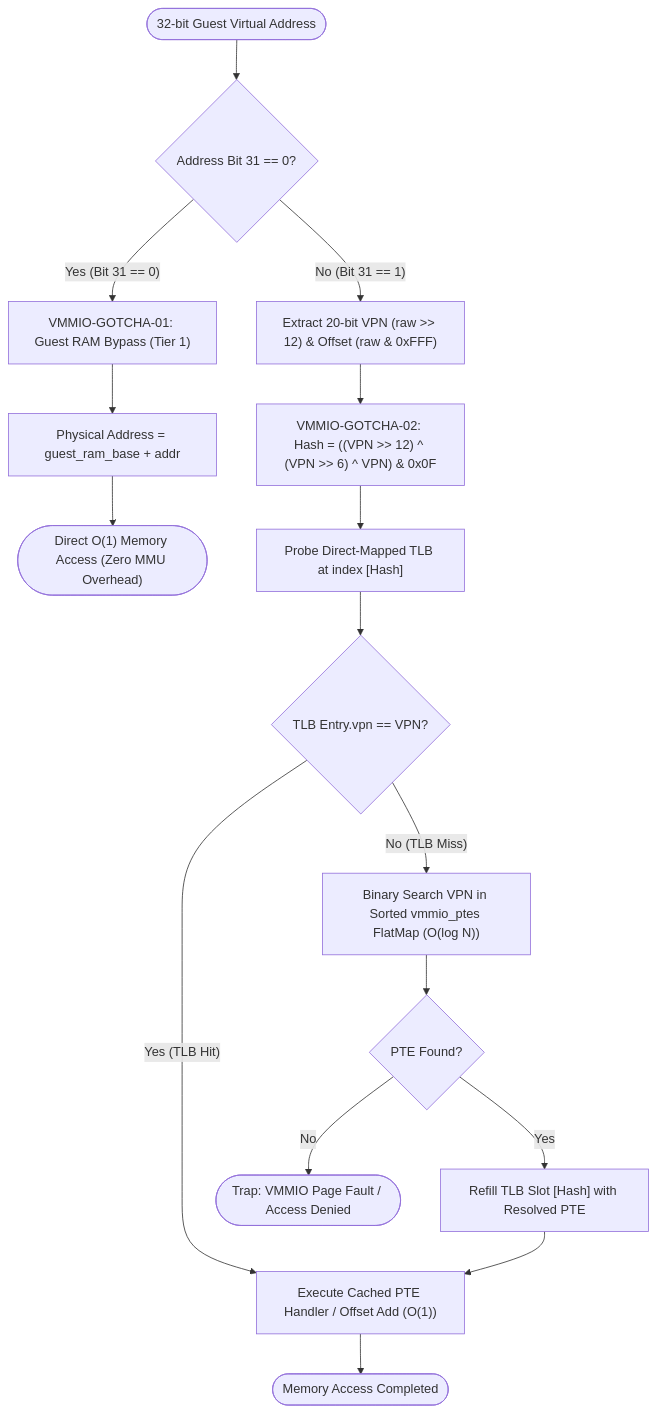
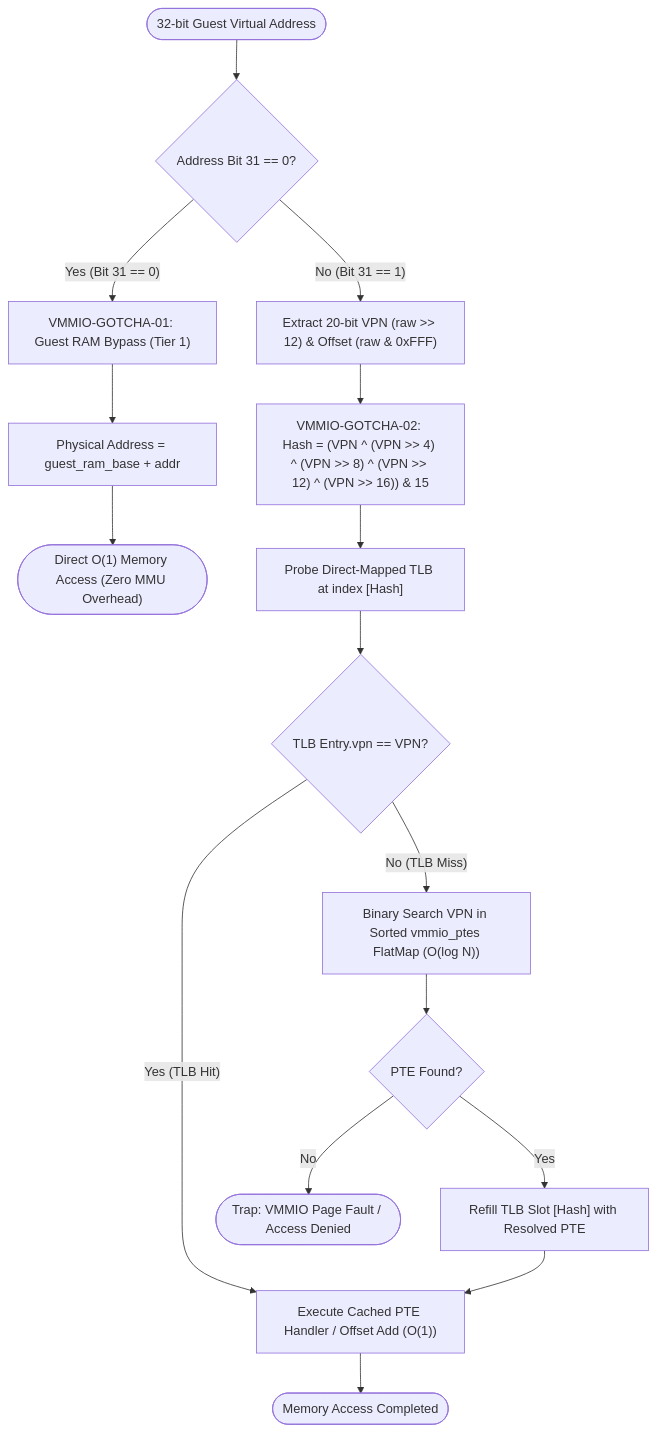
One commit to kmt-t/fireball changed the second of 5 diagrams in docs/components/tier2_runtime/runtime_vmmio.md. Above: the diagram before and after it, drawn with Mermaid. The commit also changed other lines of this file and 50 other files, not shown here.

````diff
--- a/docs/components/tier2_runtime/runtime_vmmio.md
+++ b/docs/components/tier2_runtime/runtime_vmmio.md
@@ -246,22 +246,22 @@
 ```mermaid
 flowchart TD
     Start(["32-bit Guest Virtual Address"]) --> CheckBit31{"Address Bit 31 == 0?"}
 
     CheckBit31 -- "Yes (Bit 31 == 0)" --> RAMBypass["VMMIO-GOTCHA-01: Guest RAM Bypass (Tier 1)"]
     RAMBypass --> CalcRAM["Physical Address = guest_ram_base + addr"]
     CalcRAM --> DirectAccess(["Direct O(1) Memory Access (Zero MMU Overhead)"])
 
     CheckBit31 -- "No (Bit 31 == 1)" --> ExtractVPN["Extract 20-bit VPN (raw >> 12) & Offset (raw & 0xFFF)"]
-    ExtractVPN --> FoldingXOR["VMMIO-GOTCHA-02: Hash = ((VPN >> 12) ^ (VPN >> 6) ^ VPN) & 0x0F"]
+    ExtractVPN --> FoldingXOR["VMMIO-GOTCHA-02: Hash = (VPN ^ (VPN >> 4) ^ (VPN >> 8) ^ (VPN >> 12) ^ (VPN >> 16)) & 15"]
     FoldingXOR --> ProbeTLB["Probe Direct-Mapped TLB at index [Hash]"]
 
     ProbeTLB --> TLBHit{"TLB Entry.vpn == VPN?"}
     TLBHit -- "Yes (TLB Hit)" --> ExecHandler["Execute Cached PTE Handler / Offset Add (O(1))"]
     ExecHandler --> Complete(["Memory Access Completed"])
 
     TLBHit -- "No (TLB Miss)" --> FlatMapWalk["Binary Search VPN in Sorted vmmio_ptes FlatMap (O(log N))"]
     FlatMapWalk --> WalkFound{"PTE Found?"}
     WalkFound -- "No" --> Fault(["Trap: VMMIO Page Fault / Access Denied"])
     WalkFound -- "Yes" --> RefillTLB["Refill TLB Slot [Hash] with Resolved PTE"]
     RefillTLB --> ExecHandler
 ```
````
